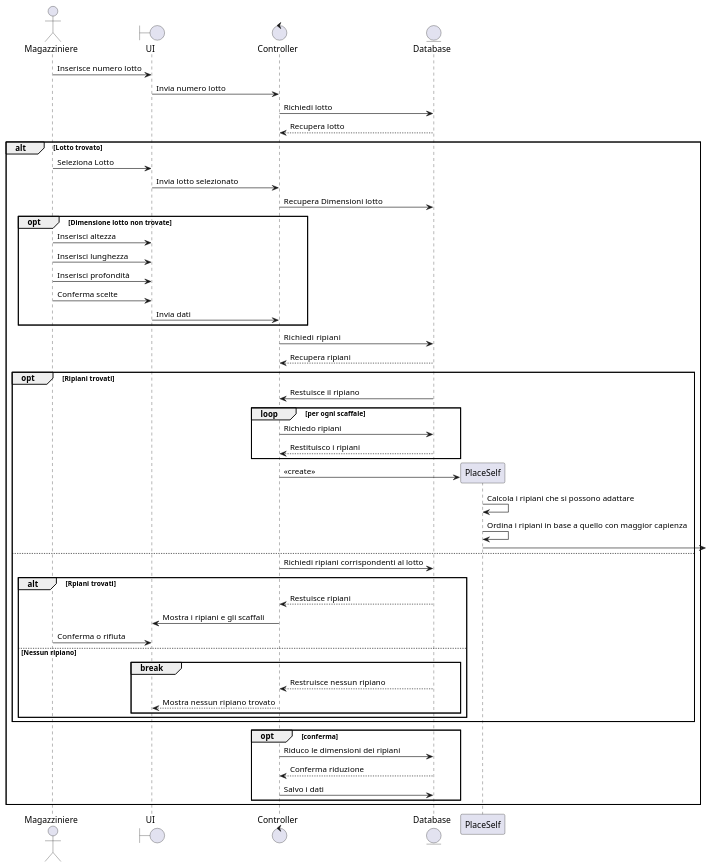
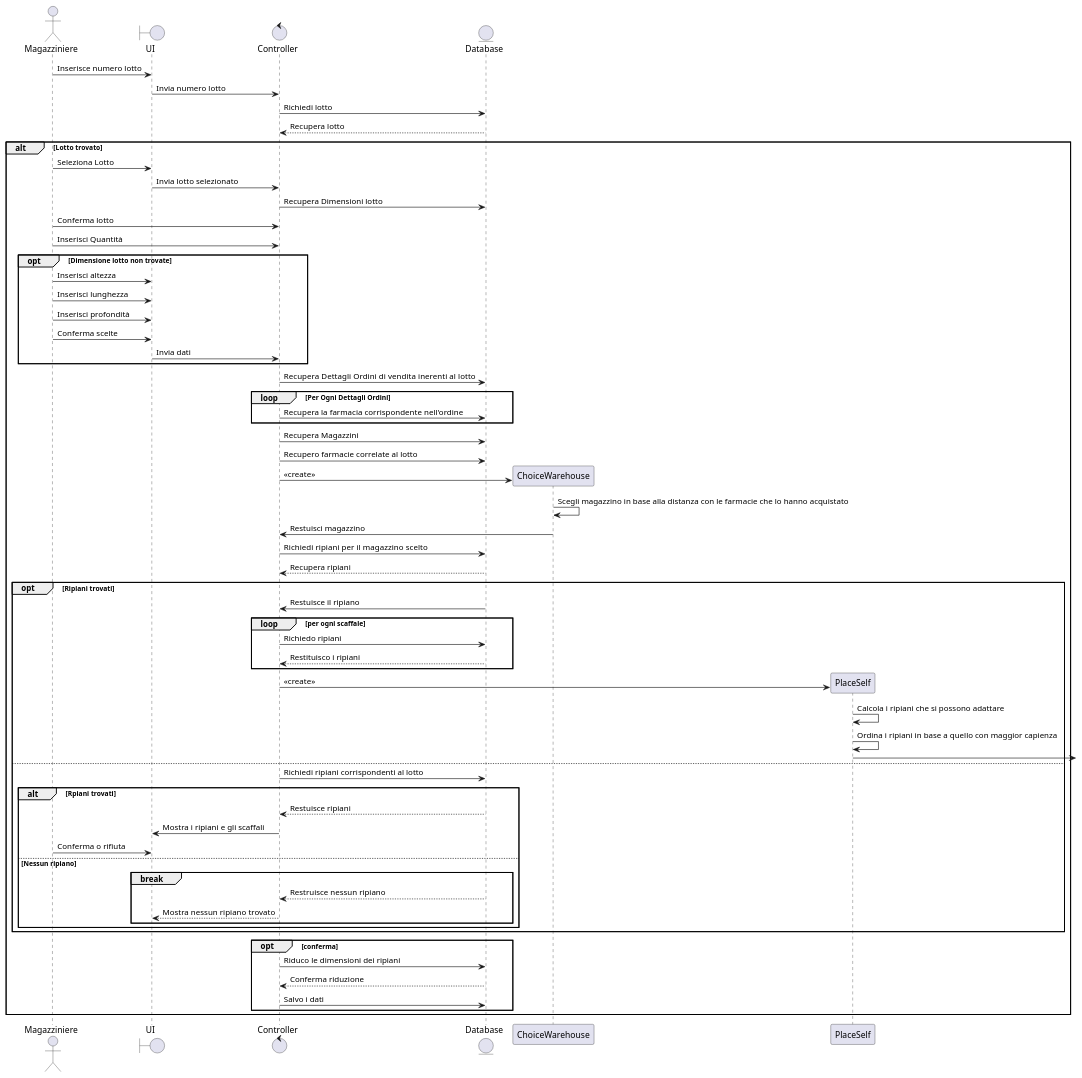
Before and after one commit to misunderstoodgenius95/pharmadistributor: the diagram in src/main/java/Plantuml/lottostorage.puml, drawn with PlantUML. The commit also changed 44 other files, not shown here.

```diff
--- a/src/main/java/Plantuml/lottostorage.puml
+++ b/src/main/java/Plantuml/lottostorage.puml
@@ -1,66 +1,77 @@
 @startuml
 actor Magazziniere as M
 boundary  UI as UI
 control Controller as S
 entity Database as D
 M->UI:Inserisce numero lotto
 UI->S:Invia numero lotto
 S->D:Richiedi lotto
 D-->S:Recupera lotto
 
 
 alt Lotto trovato
 M->UI:Seleziona Lotto
 UI->S:Invia lotto selezionato
-
 S->D:Recupera Dimensioni lotto
+M->S:Conferma lotto
+M->S:Inserisci Quantità
 opt Dimensione lotto non trovate
 M->UI:Inserisci altezza
 M->UI:Inserisci lunghezza
 M->UI:Inserisci profondità
 M->UI:Conferma scelte
 UI->S:Invia dati
 end
-S->D:Richiedi  ripiani
+
+S->D:Recupera  Dettagli Ordini di vendita inerenti al lotto
+loop Per Ogni Dettagli Ordini
+S->D:Recupera la farmacia corrispondente nell'ordine
+end
+S->D:Recupera Magazzini
+S->D:Recupero farmacie correlate al lotto
+create ChoiceWarehouse AS CW
+S->CW:<<create>>
+CW->CW:Scegli magazzino in base alla distanza con le farmacie che lo hanno acquistato
+CW->S:Restuisci magazzino
+S->D:Richiedi  ripiani per il magazzino scelto
 D-->S:Recupera ripiani
 opt Ripiani trovati
 
 
 
 
 
 
 D->S:Restuisce il ripiano
 loop per ogni scaffale
 S->D:Richiedo ripiani
 D-->S:Restituisco i ripiani
 end loop
 create PlaceSelf as PS
 S->PS:<<create>>
 PS->PS:Calcola i ripiani che si possono adattare
 PS->PS:Ordina i ripiani in base a quello con maggior capienza
 PS->
-
 else
 S->D:Richiedi ripiani corrispondenti al lotto
 alt Rpiani trovati
 D-->S:Restuisce ripiani
 S->UI:Mostra i ripiani e gli scaffali
 M->UI:Conferma o rifiuta
 else Nessun ripiano
 
 break
 D-->S:Restruisce nessun ripiano
 S-->UI:Mostra nessun ripiano trovato
 end
 end
 end
 
 opt conferma
 S->D:Riduco le dimensioni dei ripiani
 D-->S:Conferma riduzione
 S->D:Salvo i dati
 
 end
 end
 @enduml
```
